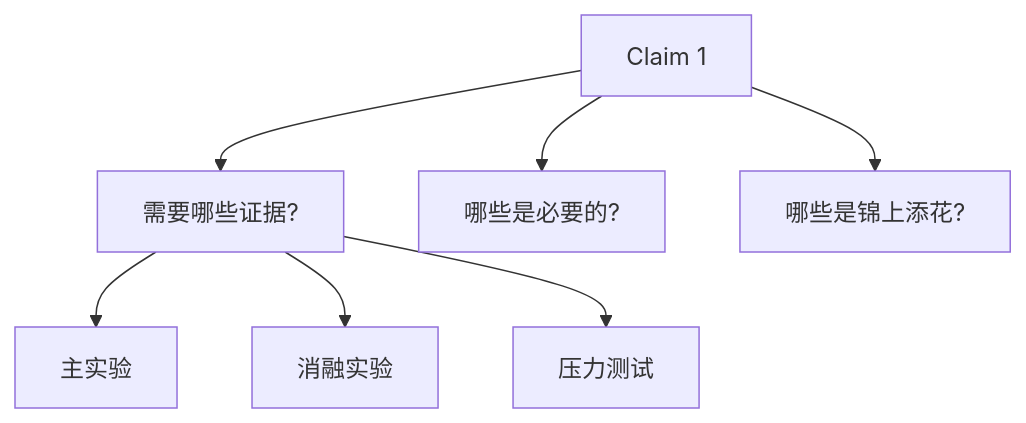
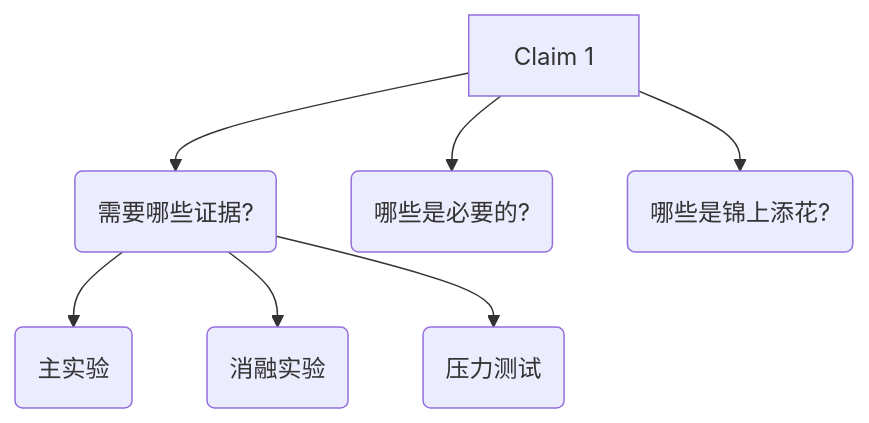
The diagram in src/content/docs/writing/methods.mdx (yiweinanzi/ai-research-ebook), drawn with Mermaid before and after one commit. The commit also changed 12 other files, not shown here.

First line of the commit message:
fix: Mermaid diagrams - remove Chinese punctuation parsing issues

````diff
--- a/src/content/docs/writing/methods.mdx
+++ b/src/content/docs/writing/methods.mdx
@@ -26,10 +26,12 @@
 ```mermaid
 flowchart TD
-    A[Claim 1] --> B[需要哪些证据?]
-    A --> C[哪些是必要的?]
-    A --> D[哪些是锦上添花?]
+    A[Claim 1] --> B(需要哪些证据?)
+    A --> C(哪些是必要的?)
+    A --> D(哪些是锦上添花?)
 
-    B --> E[主实验]
-    B --> F[消融实验]
-    B --> G[压力测试]
+    B --> E(主实验)
+    B --> F(消融实验)
+    B --> G(压力测试)
+
+
 ```
````
